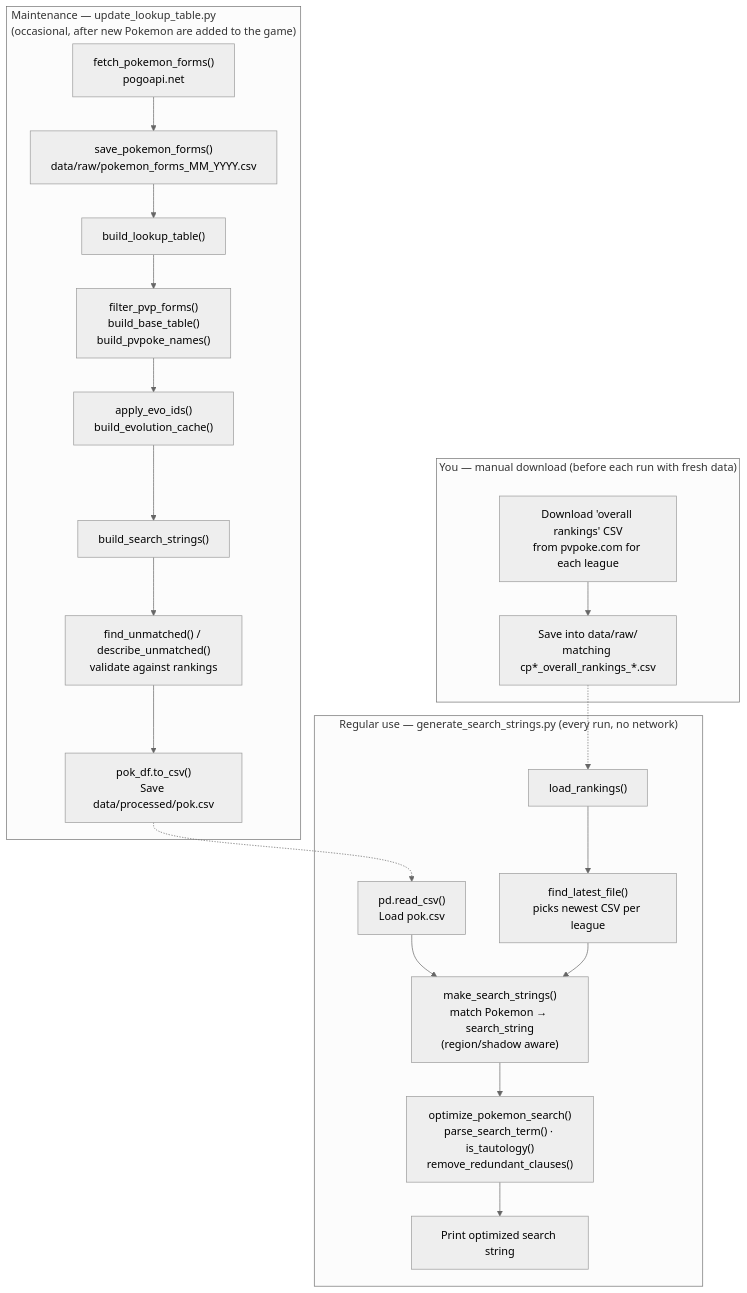
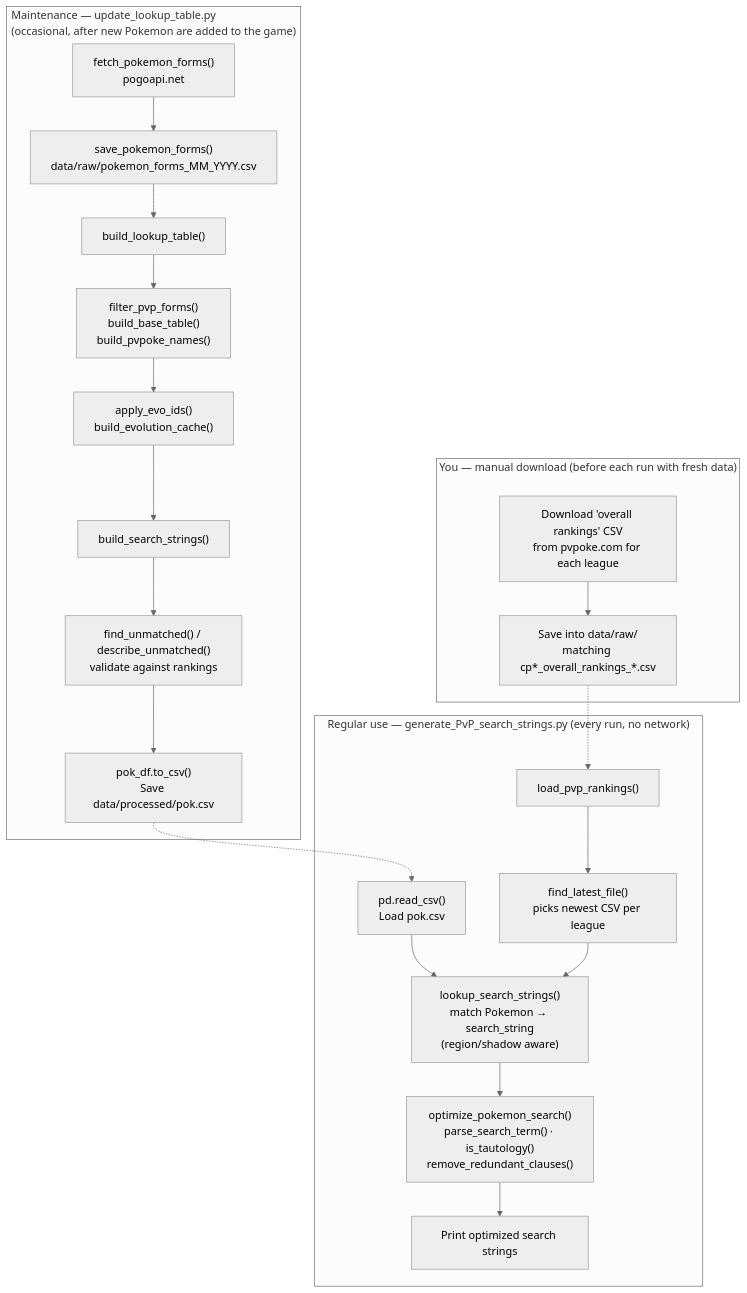
One commit to Skylges/pogo-search-string-optimizer changed the diagram in README.md. Above: the diagram before and after it, drawn with Mermaid (neutral theme). The commit also changed other lines of this file and 25 other files, not shown here.

Commit message:
Restructured the code and created a script to generate raid search strings.

````diff
--- a/README.md
+++ b/README.md
@@ -109,34 +108,34 @@
 ```mermaid
 ---
 config:
   flowchart:
     subGraphTitleMargin:
       bottom: 30
 ---
 flowchart TD
     subgraph M["Maintenance — update_lookup_table.py
     (occasional, after new Pokemon are added to the game)"]
         A1["fetch_pokemon_forms()\npogoapi.net"] --> A2["save_pokemon_forms()\ndata/raw/pokemon_forms_MM_YYYY.csv"]
         A2 --> A3["build_lookup_table()"]
         A3 --> A3a["filter_pvp_forms()\nbuild_base_table()\nbuild_pvpoke_names()"]
         A3a --> A3b["apply_evo_ids()\nbuild_evolution_cache()"]
         A3b --> A3c["build_search_strings()"]
         A3c --> A4["find_unmatched() / describe_unmatched()\nvalidate against rankings"]
         A4 --> A5["pok_df.to_csv()\nSave data/processed/pok.csv"]
     end
 
     subgraph D["You — manual download (before each run with fresh data)"]
         D1["Download 'overall rankings' CSV\nfrom pvpoke.com for each league"] --> D2["Save into data/raw/\nmatching cp*_overall_rankings_*.csv"]
     end
 
-    subgraph R["Regular use — generate_search_strings.py (every run, no network)"]
+    subgraph R["Regular use — generate_PvP_search_strings.py (every run, no network)"]
         B1["pd.read_csv()\nLoad pok.csv"] --> B4
-        B2["load_rankings()"] --> B2a["find_latest_file()\npicks newest CSV per league"]
+        B2["load_pvp_rankings()"] --> B2a["find_latest_file()\npicks newest CSV per league"]
         B2a --> B4
-        B4["make_search_strings()\nmatch Pokemon → search_string\n(region/shadow aware)"] --> B5
-        B5["optimize_pokemon_search()\nparse_search_term() · is_tautology()\nremove_redundant_clauses()"] --> B6["Print optimized search string"]
+        B4["lookup_search_strings()\nmatch Pokemon → search_string\n(region/shadow aware)"] --> B5
+        B5["optimize_pokemon_search()\nparse_search_term() · is_tautology()\nremove_redundant_clauses()"] --> B6["Print optimized search strings"]
     end
 
     A5 -.-> B1
     D2 -.-> B2
 ```
````
